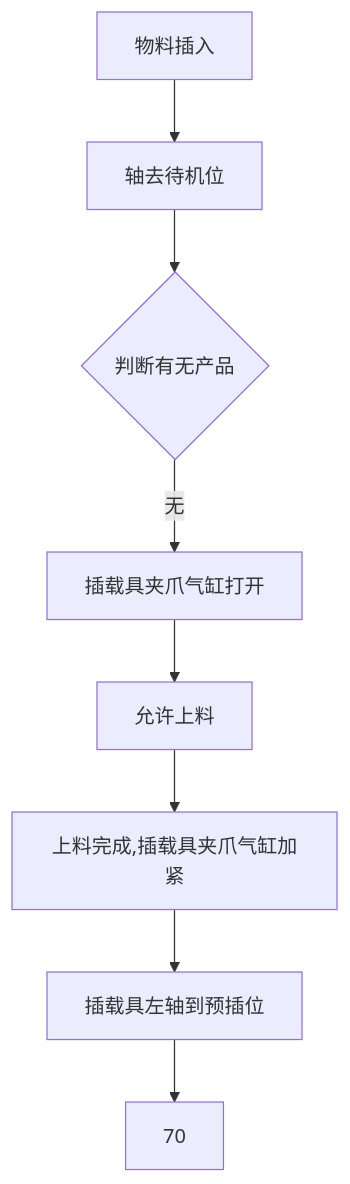
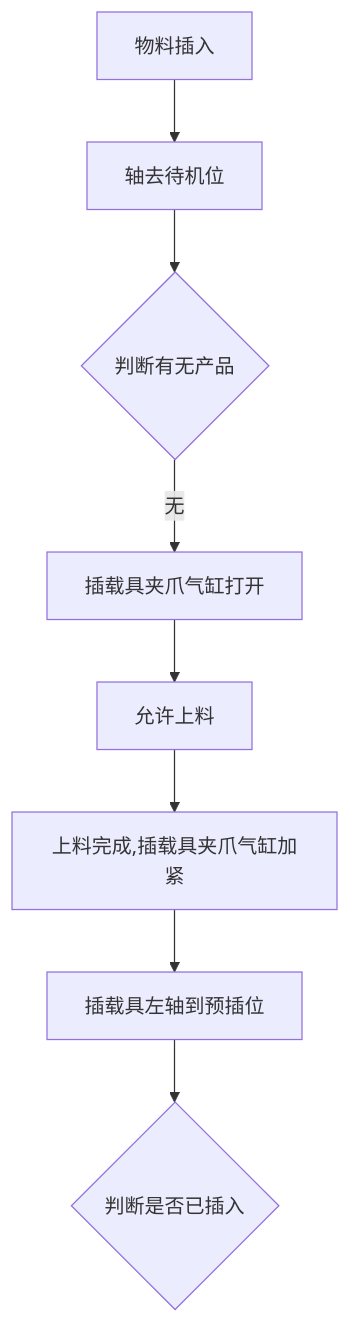
One commit to zmq000/iodraw-files changed the diagram in all/VR-OP90物料插入.md. Above: the diagram before and after it, drawn with Mermaid.

Commit message:
2026-06-18 11:23:25 update

````diff
--- a/all/VR-OP90物料插入.md
+++ b/all/VR-OP90物料插入.md
@@ -1,12 +1,12 @@
 ```mermaid
 graph TD
 0[物料插入]-->10
 10[轴去待机位]-->20
 20{判断有无产品}-->|无|30
 30[插载具夹爪气缸打开]-->40
 40[允许上料]-->50
 50[上料完成,插载具夹爪气缸加紧]-->60
 60[插载具左轴到预插位]-->70
-
+70{判断是否已插入}
   
 ```
````
